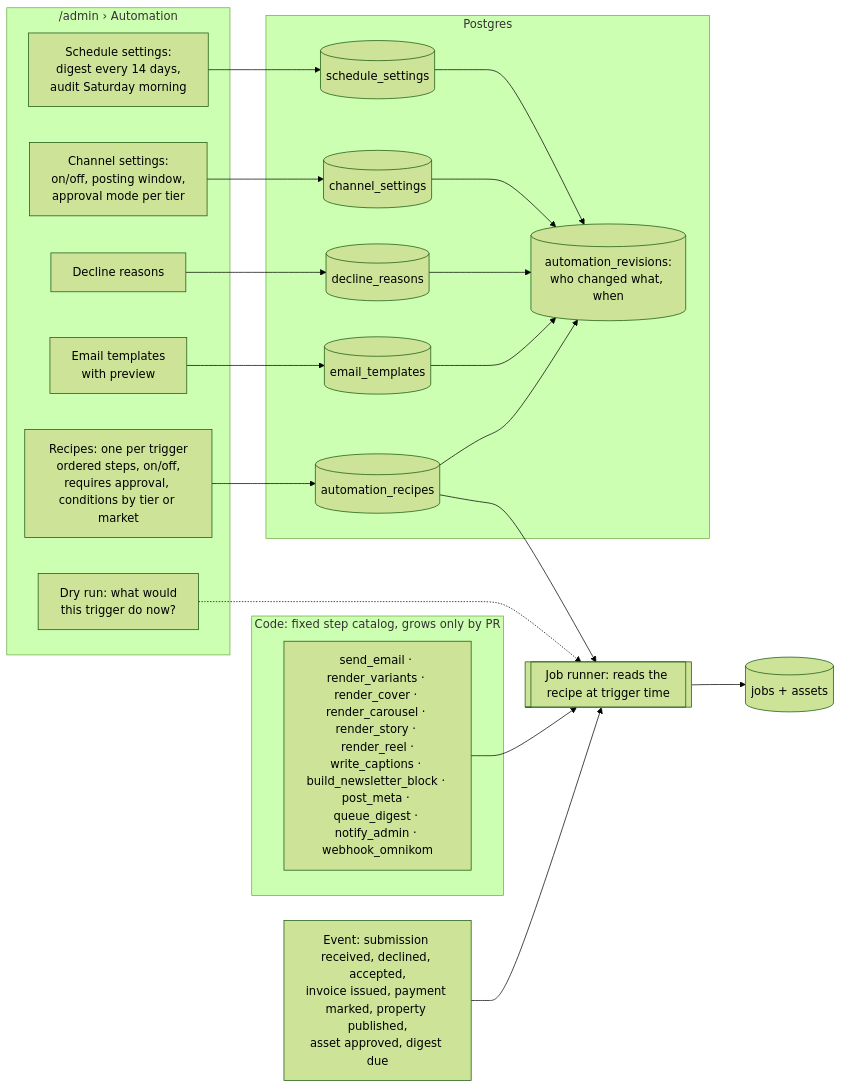
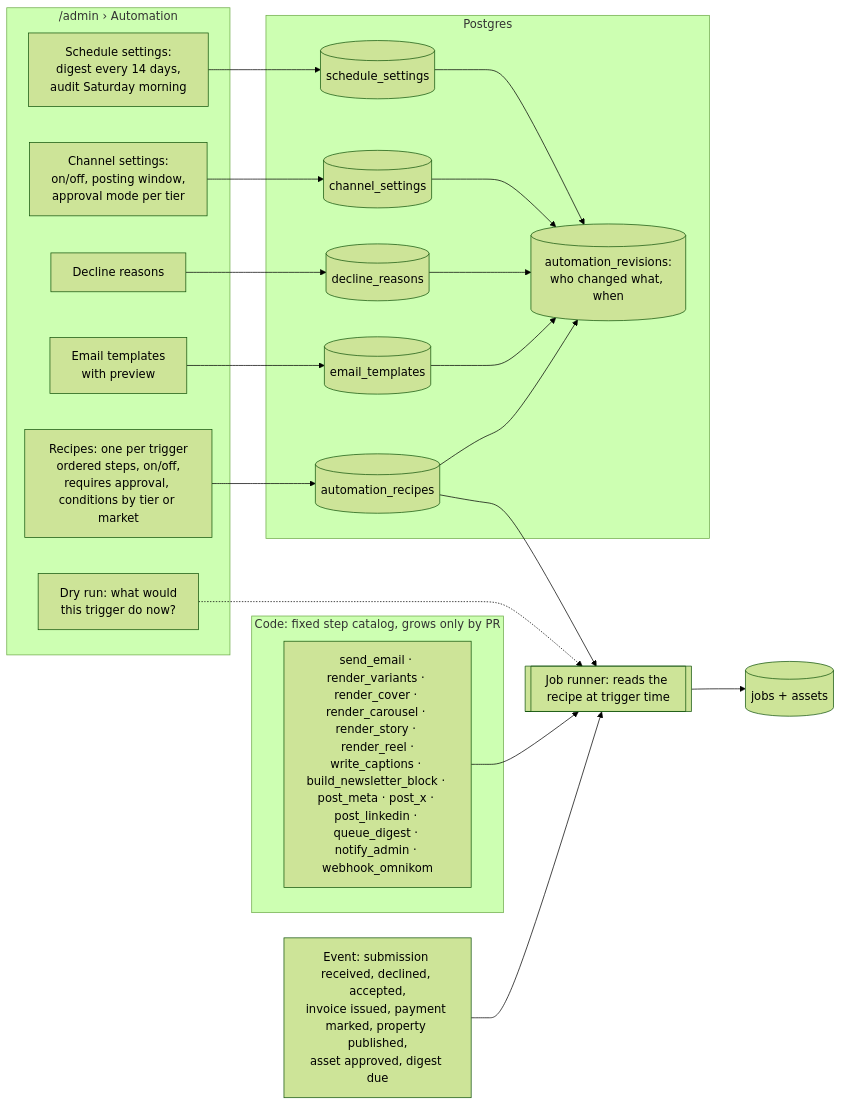
Before and after one commit to AbdulrahmanAmer/matter-of-place: the second of 3 diagrams in workspace/03-diagrams/admin-os.md, drawn with Mermaid (forest theme). The commit also changed 45 other files, not shown here.

````diff
--- a/workspace/03-diagrams/admin-os.md
+++ b/workspace/03-diagrams/admin-os.md
@@ -33,37 +33,37 @@
 ```mermaid
 flowchart LR
   subgraph ADMIN["/admin › Automation"]
     R[Recipes: one per trigger<br/>ordered steps, on/off,<br/>requires approval, conditions by tier or market]
     T[Email templates<br/>with preview]
     D[Decline reasons]
     C[Channel settings:<br/>on/off, posting window,<br/>approval mode per tier]
     S[Schedule settings:<br/>digest every 14 days,<br/>audit Saturday morning]
     DRY[Dry run: what would<br/>this trigger do now?]
   end
   subgraph DB[Postgres]
     AR[(automation_recipes)]
     ET[(email_templates)]
     DR[(decline_reasons)]
     CS[(channel_settings)]
     SS[(schedule_settings)]
     REV[(automation_revisions:<br/>who changed what, when)]
   end
   subgraph CODE[Code: fixed step catalog, grows only by PR]
-    CAT[send_email · render_variants · render_cover · render_carousel · render_story · render_reel ·<br/>write_captions · build_newsletter_block · post_meta · queue_digest · notify_admin · webhook_omnikom]
+    CAT[send_email · render_variants · render_cover · render_carousel · render_story · render_reel ·<br/>write_captions · build_newsletter_block · post_meta · post_x · post_linkedin · queue_digest · notify_admin · webhook_omnikom]
   end
   EV[Event: submission received, declined, accepted,<br/>invoice issued, payment marked, property published,<br/>asset approved, digest due]
   RUN[[Job runner: reads the recipe at trigger time]]
   JOBS[(jobs + assets)]
 
   R --> AR
   T --> ET
   D --> DR
   C --> CS
   S --> SS
   AR & ET & DR & CS & SS --> REV
   EV --> RUN
   AR --> RUN
   CAT --> RUN
   RUN --> JOBS
   DRY -.-> RUN
 ```
````
